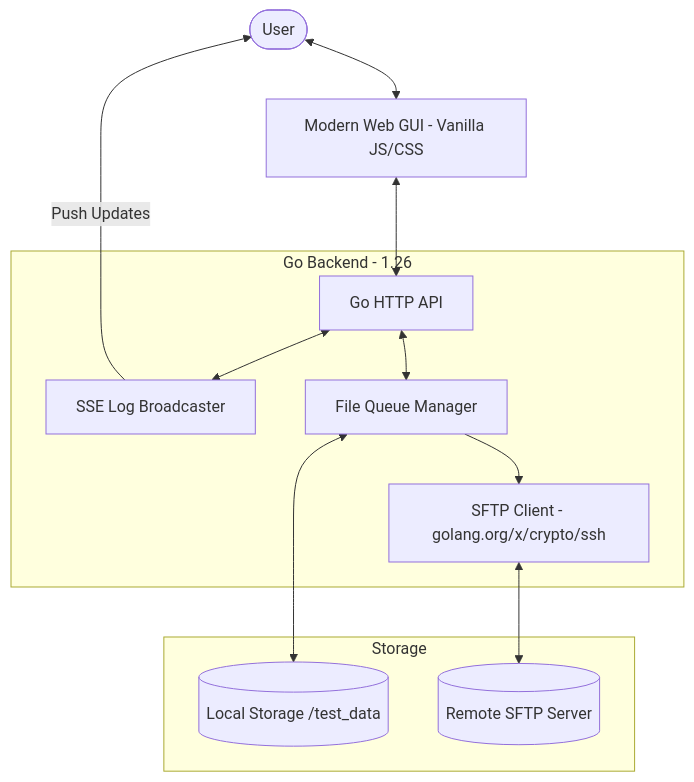
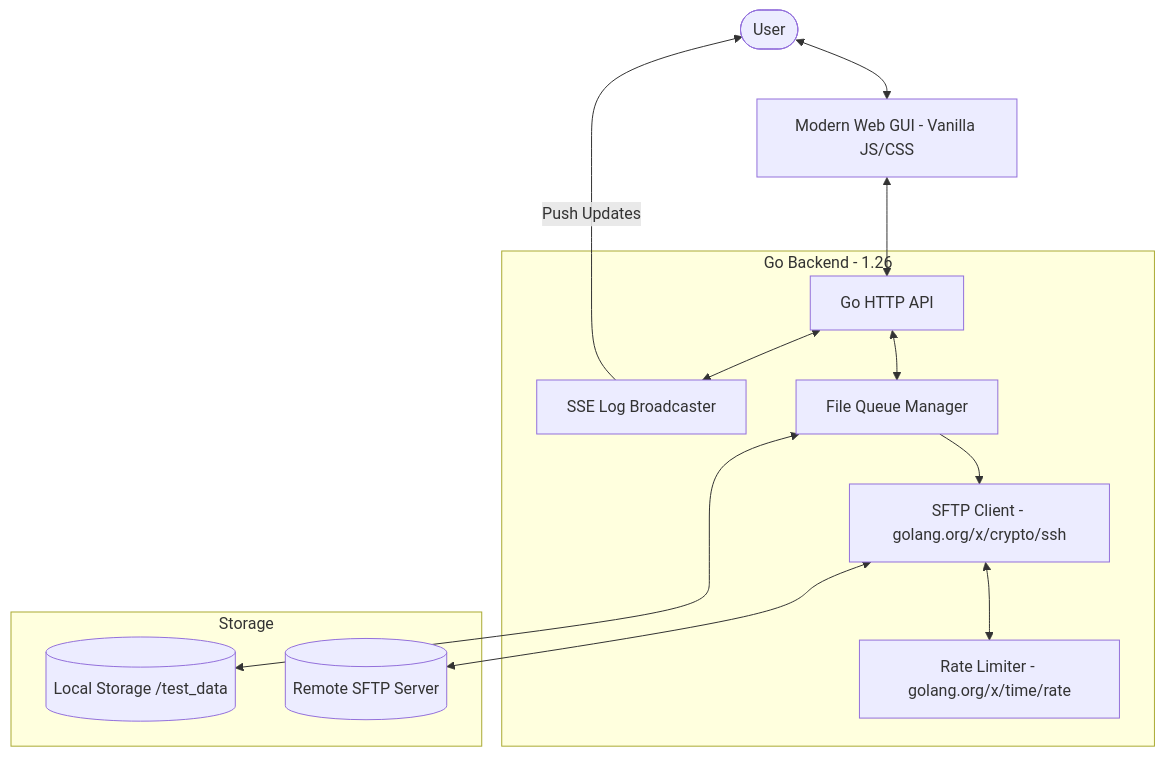
Before and after one commit to arumes31/uplarr: the diagram in README.md, drawn with Mermaid. The commit also changed other lines of this file and 10 other files, not shown here.

````diff
--- a/README.md
+++ b/README.md
@@ -17,20 +17,21 @@
 ```mermaid
 graph TD
     User([User]) <--> WebGUI[Modern Web GUI - Vanilla JS/CSS]
     WebGUI <--> API[Go HTTP API]
     
     subgraph Backend [Go Backend - 1.26]
         API <--> Broadcaster[SSE Log Broadcaster]
         API <--> Queue[File Queue Manager]
         Queue --> SFTP[SFTP Client - golang.org/x/crypto/ssh]
+        SFTP <--> Limiter[Rate Limiter - golang.org/x/time/rate]
     end
     
     subgraph Storage
         Local[(Local Storage /test_data)]
         Remote[(Remote SFTP Server)]
     end
     
     Queue <--> Local
     SFTP <--> Remote
     Broadcaster -- Push Updates --> User
 ```
````
